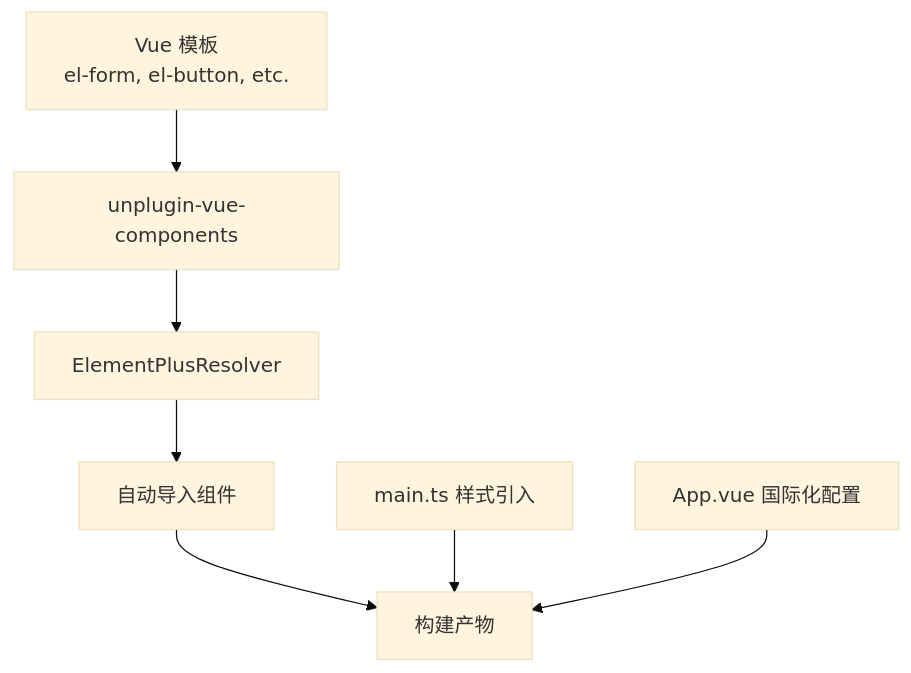
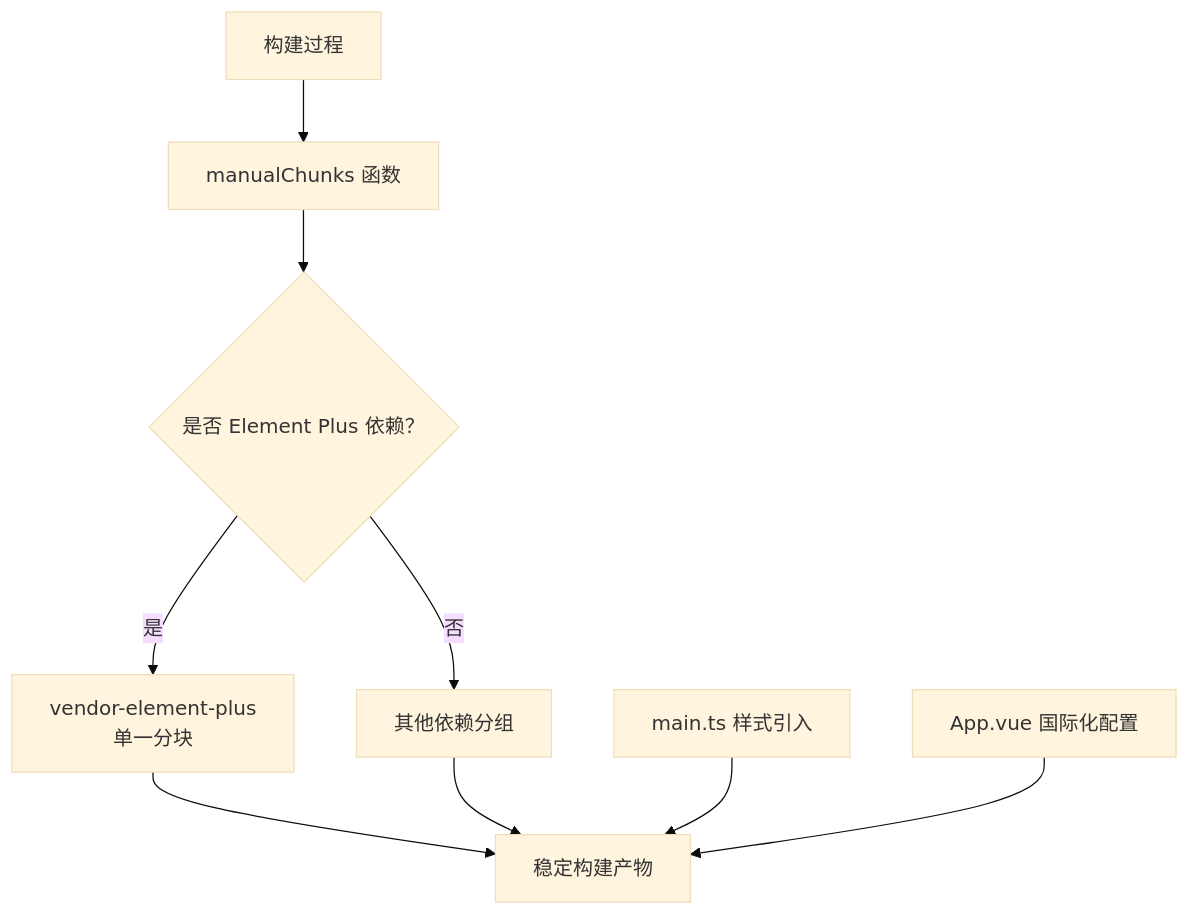
The third of 13 diagrams in .qoder/repowiki/zh/content/前端多端架构/PC 管理后台（frontend-admin-pro）.md (likele001/cenkor_mes), drawn with Mermaid (base theme) before and after one commit. The commit also changed other lines of this file and 307 other files, not shown here.

````diff
--- a/.qoder/repowiki/zh/content/前端多端架构/PC 管理后台（frontend-admin-pro）.md
+++ b/.qoder/repowiki/zh/content/前端多端架构/PC 管理后台（frontend-admin-pro）.md
@@ -181,9 +196,11 @@
 ```mermaid
 flowchart TD
-Template["Vue 模板<br/>el-form, el-button, etc."] --> ComponentsPlugin["unplugin-vue-components"]
-ComponentsPlugin --> Resolver["ElementPlusResolver"]
-Resolver --> AutoImport["自动导入组件"]
-AutoImport --> Bundle["构建产物"]
-Style["main.ts 样式引入"] --> Bundle
-Locale["App.vue 国际化配置"] --> Bundle
+Build["构建过程"] --> ManualChunks["manualChunks 函数"]
+ManualChunks --> EPCheck{"是否 Element Plus 依赖？"}
+EPCheck --> |是| EPChunk["vendor-element-plus<br/>单一分块"]
+EPCheck --> |否| OtherChunks["其他依赖分组"]
+EPChunk --> StableBundle["稳定构建产物"]
+OtherChunks --> StableBundle
+Style["main.ts 样式引入"] --> StableBundle
+Locale["App.vue 国际化配置"] --> StableBundle
 ```
````
